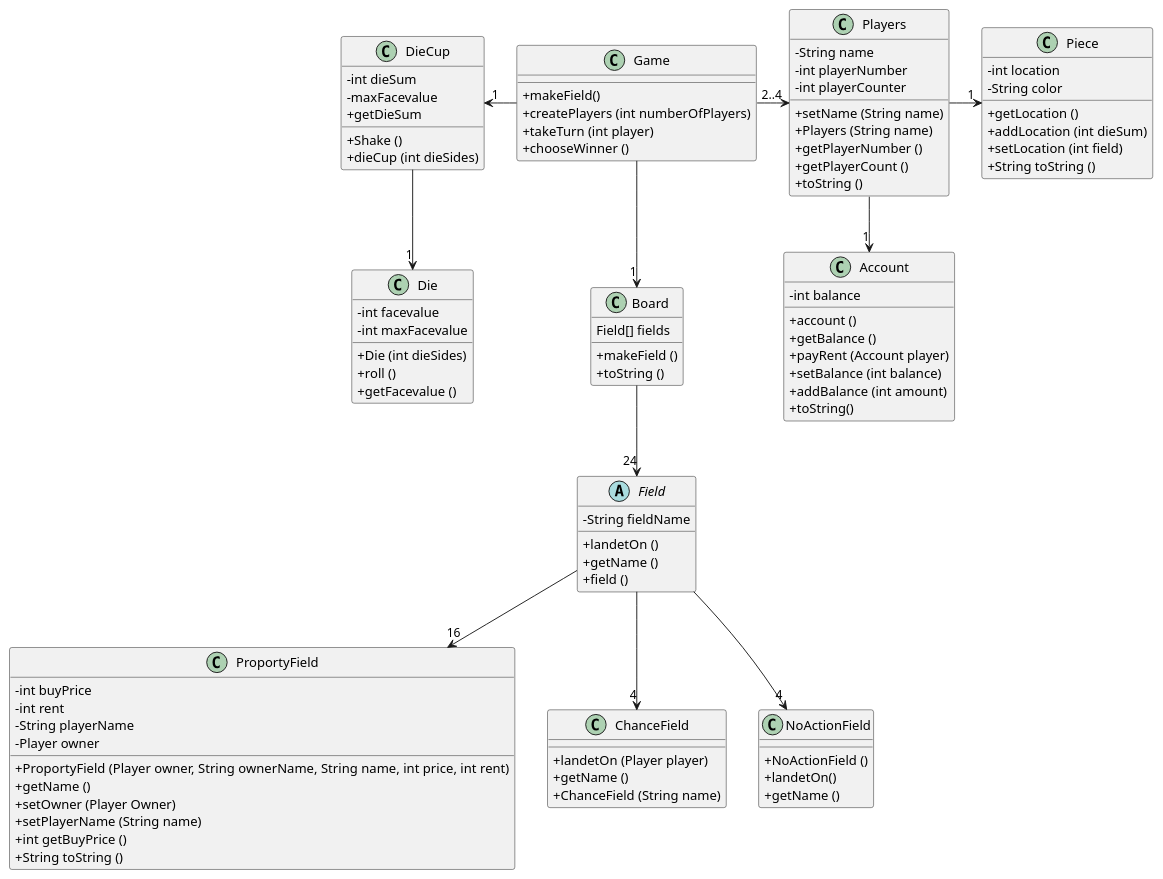
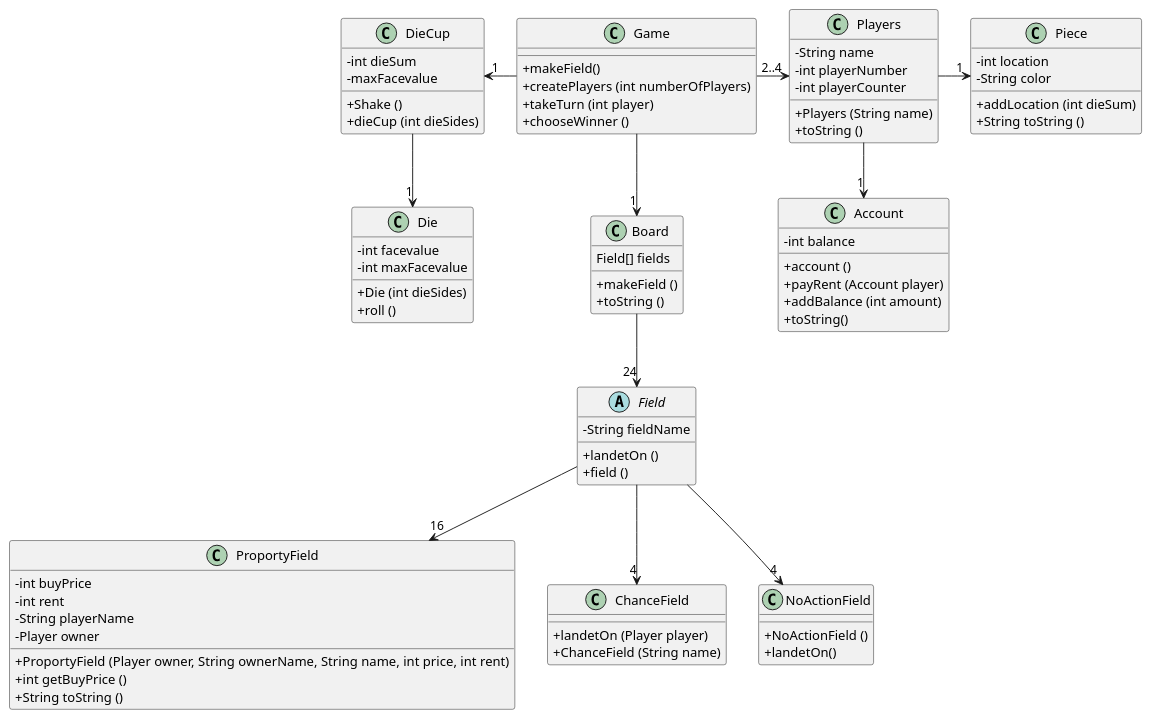
One commit to Jakob-SA/CDIO-3 changed the diagram in src/main/java/plantUML_diagrams/DesignClassDiagram.puml. Above: the diagram before and after it, drawn with PlantUML. The commit also changed 2 other files, not shown here.

Commit message:
Changes_in_DomainClassDiagram v4

```diff
--- a/src/main/java/plantUML_diagrams/DesignClassDiagram.puml
+++ b/src/main/java/plantUML_diagrams/DesignClassDiagram.puml
@@ -1,104 +1,90 @@
 @startuml
 'https://plantuml.com/class-diagram
 skinparam classAttributeIconSize 0
 Class Game
 Game -> "2..4" Players
 Players --> "1" Account
 Players -> "1" Piece
 DieCup"1" <- Game
 DieCup --> "1" Die
 Game --> "1" Board
 Board --> "24" Field
 Field --> "16"ProportyField
 Field --> "4"ChanceField
 Field --> "4"NoActionField
 
 Class Board
 Class Field
 Class ProportyField
 Class ChanceField
 Class NoActionField
 
 abstract class Field
 Field : - String fieldName
 Field : + landetOn ()
-Field : + getName ()
 Field : + field ()
 
 Class ChanceField
 ChanceField : + landetOn (Player player)
-ChanceField : + getName ()
 ChanceField : + ChanceField (String name)
 
 Class Board
 Board :  Field[] fields
 Board : + makeField ()
 Board : + toString ()
 
 Class Game
 Game : + makeField()
 Game : + createPlayers (int numberOfPlayers)
 Game : + takeTurn (int player)
 Game : + chooseWinner ()
 
 Class NoActionField
 NoActionField : + NoActionField ()
 NoActionField : + landetOn()
-NoActionField : + getName ()
+
 
 Class ProportyField
 ProportyField : - int buyPrice
 ProportyField : - int rent
 ProportyField : - String playerName
 ProportyField : - Player owner
 ProportyField : + ProportyField (Player owner, String ownerName, String name, int price, int rent)
-ProportyField : + getName ()
-ProportyField : + setOwner (Player Owner)
-ProportyField : + setPlayerName (String name)
 ProportyField : + int getBuyPrice ()
 ProportyField : + String toString ()
 
 
 Class DieCup
 DieCup : - int dieSum
 DieCup : - maxFacevalue
 DieCup : + Shake ()
-DieCup : + getDieSum
 DieCup : + dieCup (int dieSides)
 
 
 Class Die
 Die : - int facevalue
 Die : - int maxFacevalue
 Die : + Die (int dieSides)
 Die : + roll ()
-Die : + getFacevalue ()
 
 Class Players
 Players : - String name
 Players : - int playerNumber
 Players : - int playerCounter
-Players : + setName (String name)
 Players : + Players (String name)
-Players : + getPlayerNumber ()
-Players : + getPlayerCount ()
 Players : + toString ()
 
 Class Piece
 Piece : - int location
 Piece : - String color
-Piece : + getLocation ()
 Piece : + addLocation (int dieSum)
-Piece : + setLocation (int field)
 Piece : + String toString ()
 
 Class Account
 Account : - int balance
 Account : + account ()
-Account : + getBalance ()
 Account : + payRent (Account player)
-Account : + setBalance (int balance)
 Account : + addBalance (int amount)
 Account : + toString()
 
 @enduml
```
